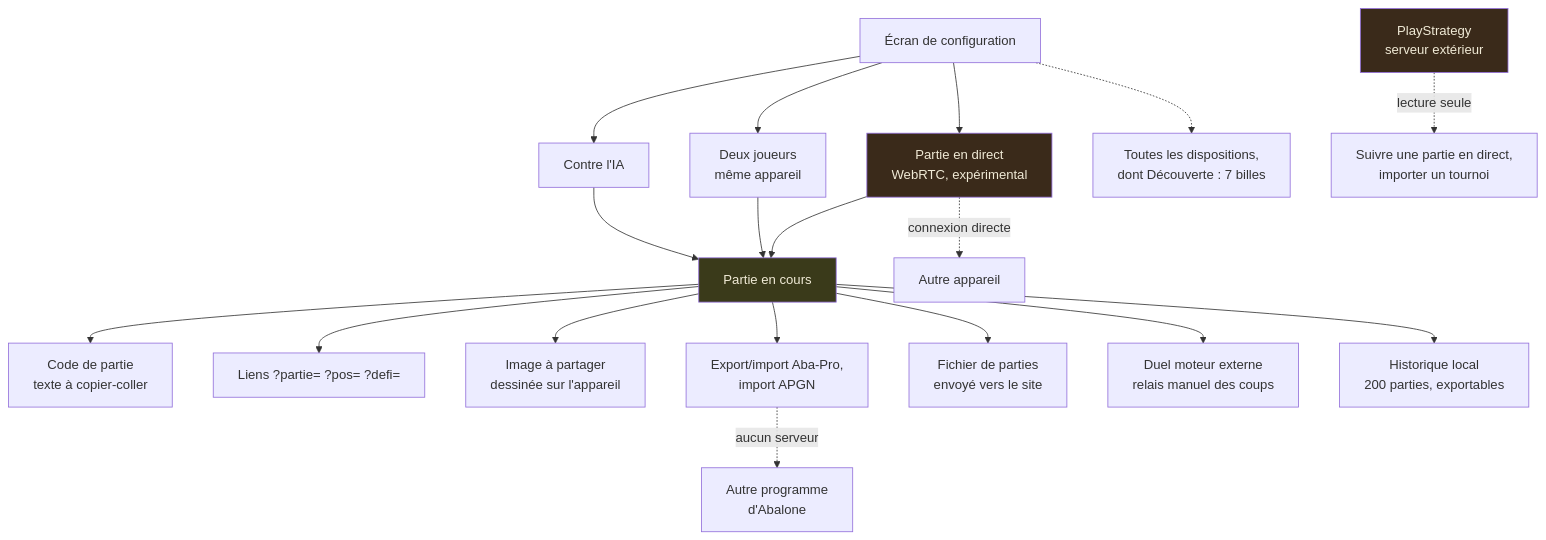
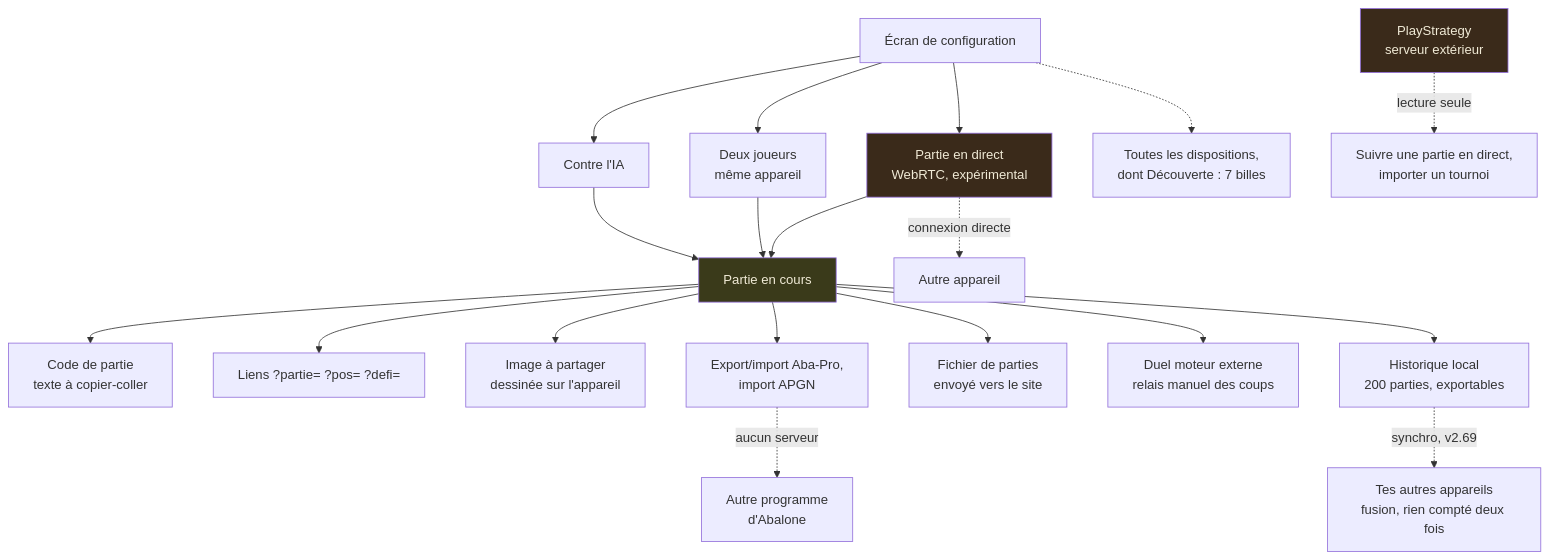
One commit to ocj94/Abalassembly changed the third of 3 diagrams in docs-fr/Architecture.fr.md. Above: the diagram before and after it, drawn with Mermaid. The commit also changed other lines of this file and 26 other files, not shown here.

First line of the commit message:
v2.69 : synchroniser mes appareils -- fusion en direct ou par fichier, rien n'est ecrase ni compte deux fois

````diff
--- a/docs-fr/Architecture.fr.md
+++ b/docs-fr/Architecture.fr.md
@@ -96,27 +96,28 @@
 ```mermaid
 flowchart TD
     M[Écran de configuration] --> A1[Contre l'IA]
     M --> A2[Deux joueurs<br/>même appareil]
     M --> A3[Partie en direct<br/>WebRTC, expérimental]
     M -.-> V[Toutes les dispositions,<br/>dont Découverte : 7 billes]
 
     A1 --> G[Partie en cours]
     A2 --> G
     A3 --> G
 
     G --> X1[Code de partie<br/>texte à copier-coller]
     G --> X1b[Liens ?partie= ?pos= ?defi=]
     G --> X1c[Image à partager<br/>dessinée sur l'appareil]
     G --> X2[Export/import Aba-Pro,<br/>import APGN]
     G --> X2b[Fichier de parties<br/>envoyé vers le site]
     G --> X3[Duel moteur externe<br/>relais manuel des coups]
     G --> X4[Historique local<br/>200 parties, exportables]
+    X4 -.->|synchro, v2.69| P3[Tes autres appareils<br/>fusion, rien compté deux fois]
 
     X2 -.->|aucun serveur| EXT[Autre programme<br/>d'Abalone]
     A3 -.->|connexion directe| P2[Autre appareil]
     PS[PlayStrategy<br/>serveur extérieur] -.->|lecture seule| G2[Suivre une partie en direct,<br/>importer un tournoi]
 
     style G fill:#3a3a1a,color:#f0ead6
     style A3 fill:#3a2a1a,color:#f0ead6
     style PS fill:#3a2a1a,color:#f0ead6
 ```
````
